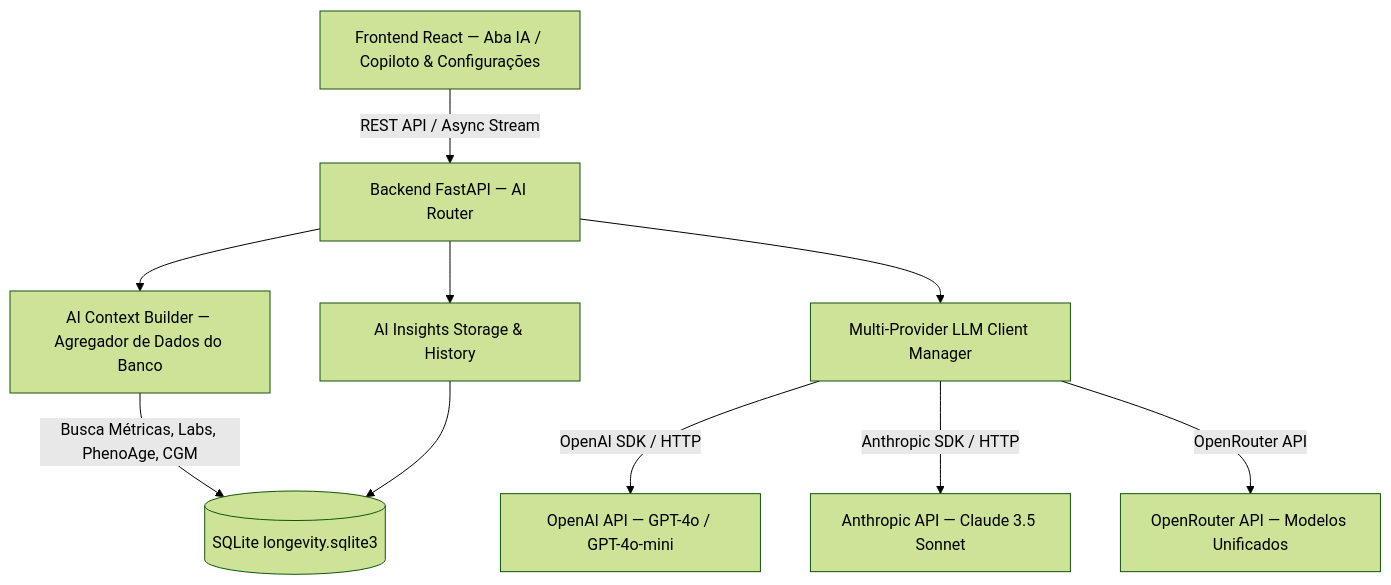
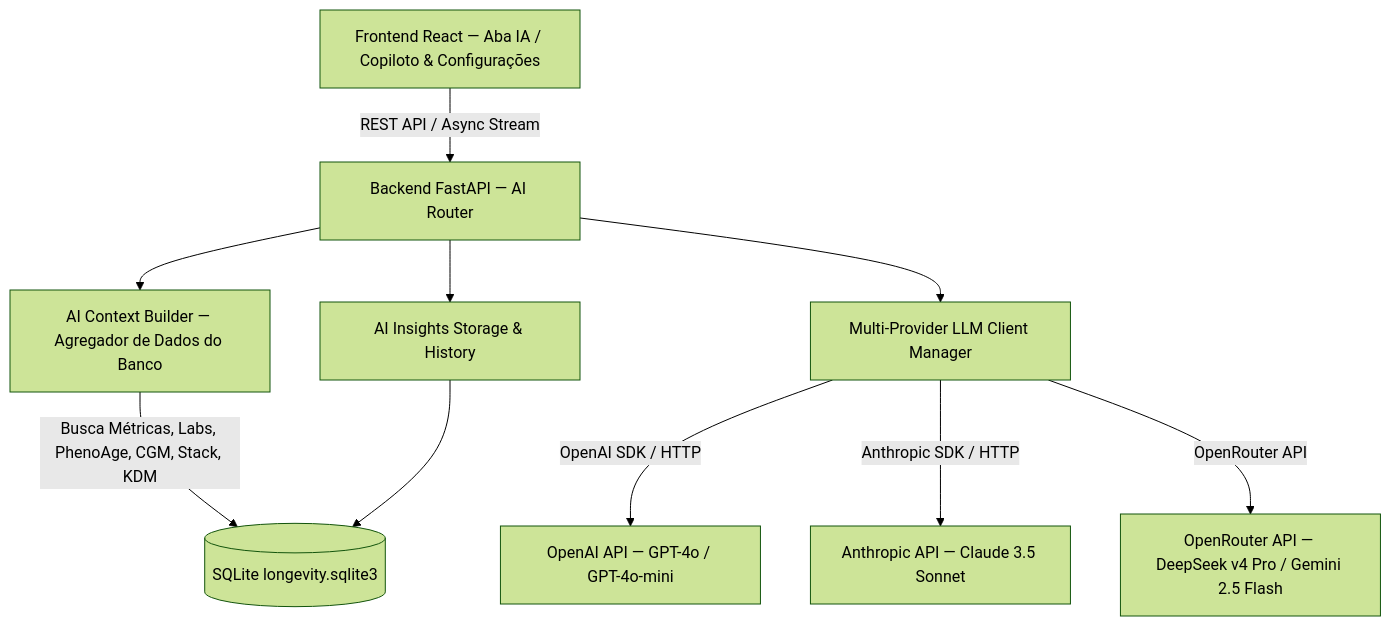
Before and after one commit to lguscouto/longevity-hub: the diagram in docs/sdd.md, drawn with Mermaid (forest theme). The commit also changed other lines of this file, not shown here.

````diff
--- a/docs/sdd.md
+++ b/docs/sdd.md
@@ -24,12 +24,12 @@
 ```mermaid
 graph TD
     A[Frontend React — Aba IA / Copiloto & Configurações] -->|REST API / Async Stream| B[Backend FastAPI — AI Router]
     B --> C[AI Context Builder — Agregador de Dados do Banco]
-    C -->|Busca Métricas, Labs, PhenoAge, CGM| D[(SQLite longevity.sqlite3)]
+    C -->|Busca Métricas, Labs, PhenoAge, CGM, Stack, KDM| D[(SQLite longevity.sqlite3)]
     B --> E[Multi-Provider LLM Client Manager]
     E -->|OpenAI SDK / HTTP| F[OpenAI API — GPT-4o / GPT-4o-mini]
     E -->|Anthropic SDK / HTTP| G[Anthropic API — Claude 3.5 Sonnet]
-    E -->|OpenRouter API| H[OpenRouter API — Modelos Unificados]
+    E -->|OpenRouter API| H[OpenRouter API — DeepSeek v4 Pro / Gemini 2.5 Flash]
     B --> I[AI Insights Storage & History]
     I --> D
 ```
````
